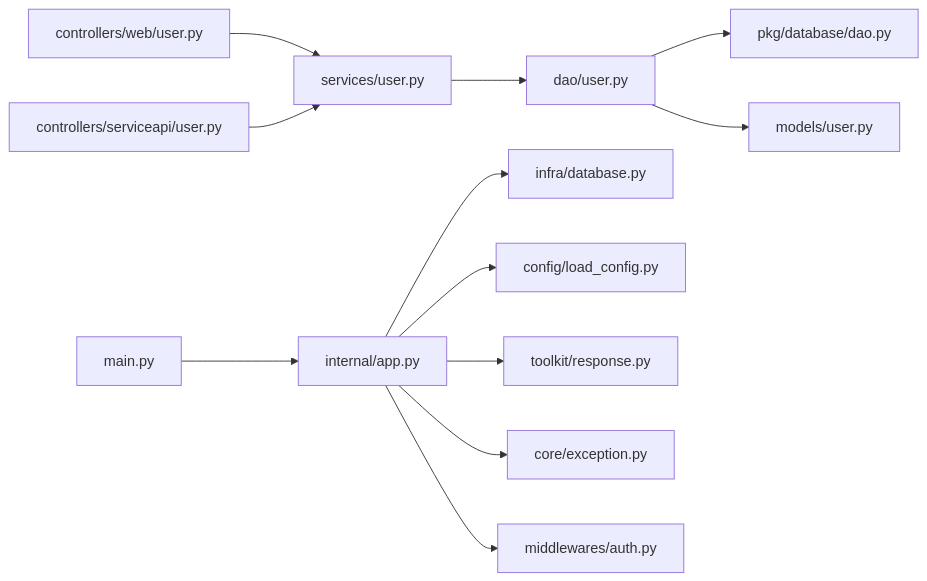
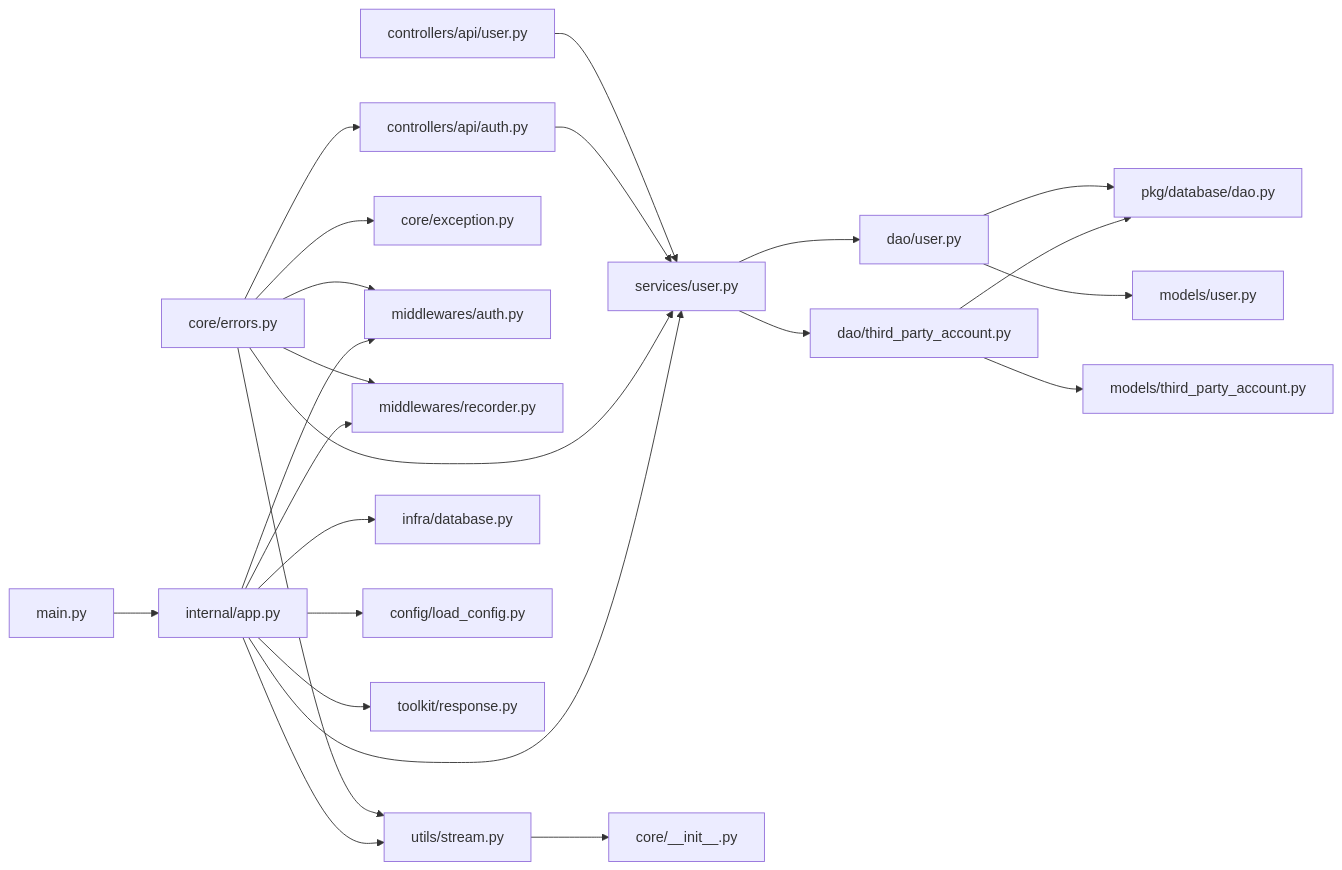
One commit to lilinzezzzzzz/fastapi-backend changed the ninth of 9 diagrams in .qoder/repowiki/zh/content/业务逻辑层.md. Above: the diagram before and after it, drawn with Mermaid. The commit also changed other lines of this file and 42 other files, not shown here.

````diff
--- a/.qoder/repowiki/zh/content/业务逻辑层.md
+++ b/.qoder/repowiki/zh/content/业务逻辑层.md
@@ -347,14 +710,26 @@
 ```mermaid
 graph LR
-CTRL_WEB["controllers/web/user.py"] --> SVC_USER["services/user.py"]
-CTRL_SVC["controllers/serviceapi/user.py"] --> SVC_USER
+CTRL_API_USER["controllers/api/user.py"] --> SVC_USER["services/user.py"]
+CTRL_AUTH["controllers/api/auth.py"] --> SVC_USER
 SVC_USER --> DAO_USER["dao/user.py"]
+SVC_USER --> DAO_THIRD_PARTY["dao/third_party_account.py"]
 DAO_USER --> DAO_BASE["pkg/database/dao.py"]
+DAO_THIRD_PARTY --> DAO_BASE
 DAO_USER --> MODEL_USER["models/user.py"]
+DAO_THIRD_PARTY --> MODEL_THIRD_PARTY["models/third_party_account.py"]
+ERR["core/errors.py"] --> EXC["core/exception.py"]
+ERR --> MW["middlewares/auth.py"]
+ERR --> REC["middlewares/recorder.py"]
+ERR --> CTRL_AUTH
+ERR --> SVC_USER
+ERR --> STREAM["utils/stream.py"]
+STREAM --> CORE_INIT["core/__init__.py"]
 MAIN["main.py"] --> APP["internal/app.py"]
 APP --> INFRA_DB["infra/database.py"]
 APP --> CFG["config/load_config.py"]
 APP --> RESP["toolkit/response.py"]
-APP --> EXC["core/exception.py"]
-APP --> MW["middlewares/auth.py"]
+APP --> MW
+APP --> REC
+APP --> SVC_USER
+APP --> STREAM
 ```
````
